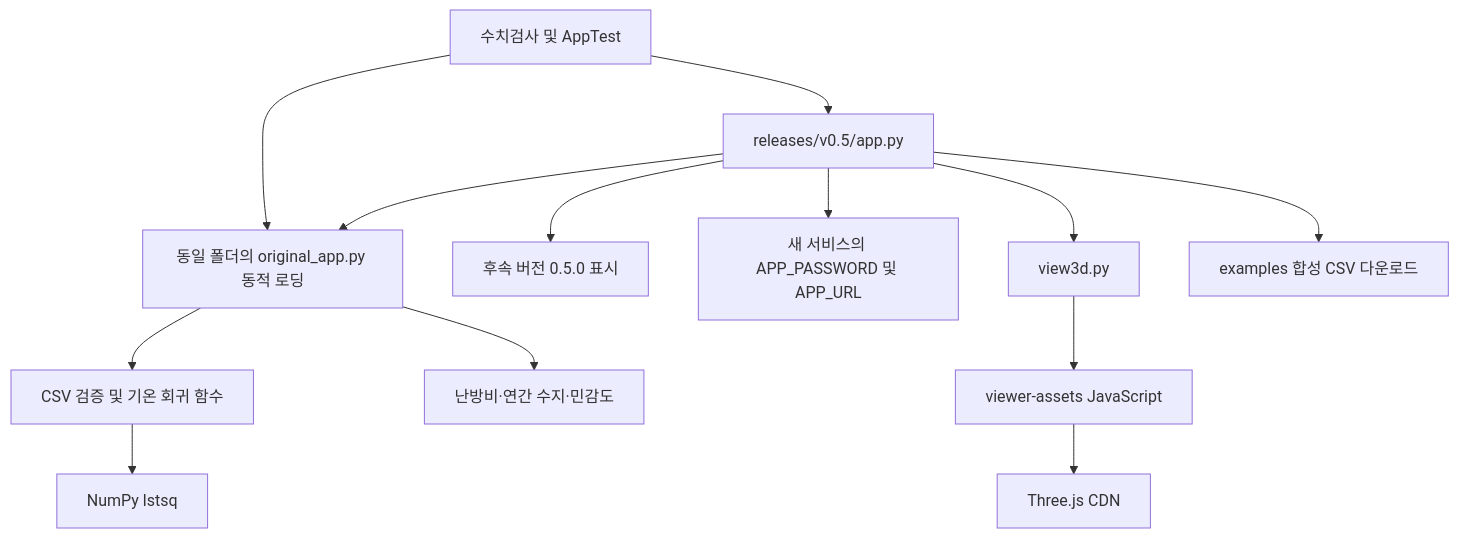
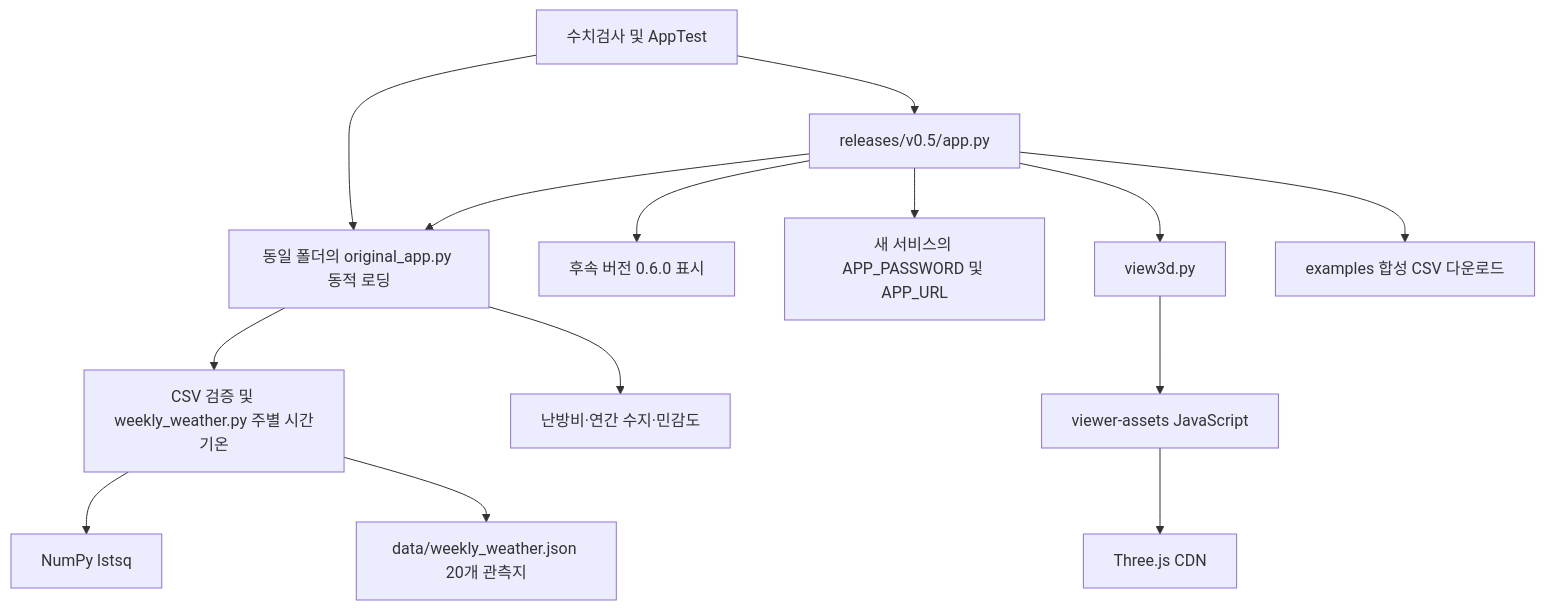
One commit to kuk-jong/fig-heating-decision-app changed the fourth of 5 diagrams in releases/v0.5/docs/APP_BLUEPRINT.md. Above: the diagram before and after it, drawn with Mermaid. The commit also changed other lines of this file and 19 other files, not shown here.

Commit message:
Use observed weekly hourly weather profiles and scheduled hourly heating in v0.6.0

````diff
--- a/releases/v0.5/docs/APP_BLUEPRINT.md
+++ b/releases/v0.5/docs/APP_BLUEPRINT.md
@@ -203,15 +206,16 @@
 ```mermaid
 flowchart TD
     entry["releases/v0.5/app.py"] --> core["동일 폴더의 original_app.py 동적 로딩"]
-    entry --> version["후속 버전 0.5.0 표시"]
+    entry --> version["후속 버전 0.6.0 표시"]
     entry --> config["새 서비스의 APP_PASSWORD 및 APP_URL"]
-    core --> regress["CSV 검증 및 기온 회귀 함수"]
+    core --> regress["CSV 검증 및 weekly_weather.py 주별 시간기온"]
     regress --> numpy["NumPy lstsq"]
+    regress --> bundled["data/weekly_weather.json 20개 관측지"]
     core --> heating["난방비·연간 수지·민감도"]
     entry --> component["view3d.py"]
     component --> assets["viewer-assets JavaScript"]
     assets --> cdn["Three.js CDN"]
     entry --> sample["examples 합성 CSV 다운로드"]
     tests["수치검사 및 AppTest"] --> core
     tests --> entry
 ```
````
